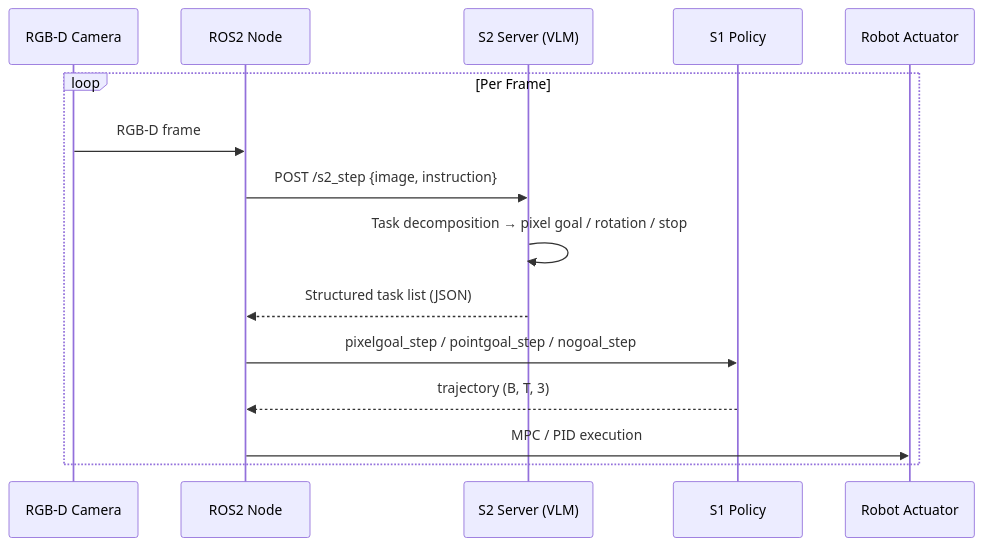
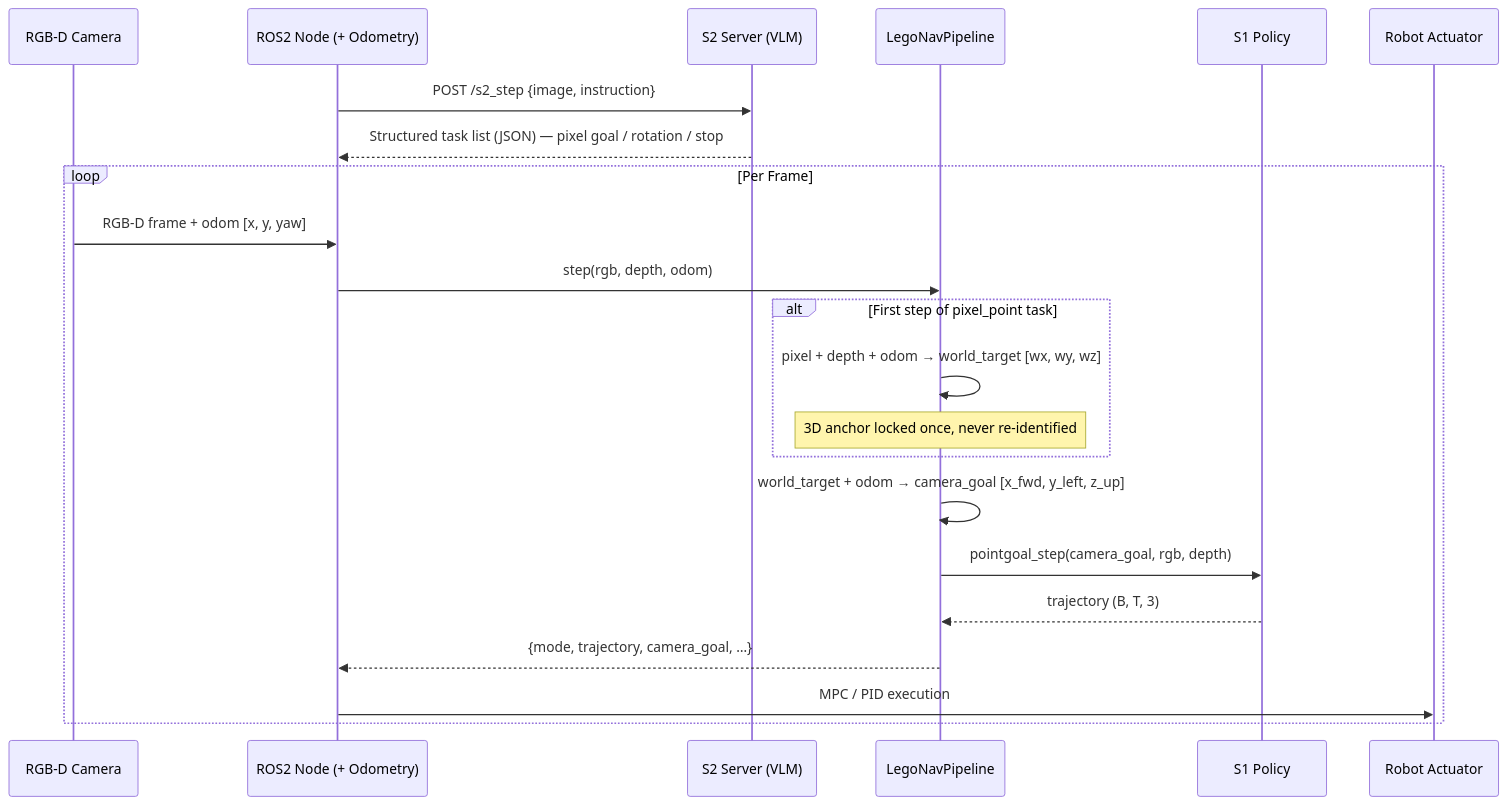
The second of 3 diagrams in README.md (TingdeLiu/LegoNav), drawn with Mermaid before and after one commit. The commit also changed other lines of this file and 5 other files, not shown here.

First line of the commit message:
fix: robustness fixes and world-coordinate goal tracking for S1 navigation

````diff
--- a/README.md
+++ b/README.md
@@ -66,18 +66,28 @@
 ```mermaid
 sequenceDiagram
     participant Cam as RGB-D Camera
-    participant ROS as ROS2 Node
+    participant ROS as ROS2 Node (+ Odometry)
     participant S2 as S2 Server (VLM)
+    participant Pipe as LegoNavPipeline
     participant S1 as S1 Policy
     participant Robot as Robot Actuator
 
+    ROS->>S2: POST /s2_step {image, instruction}
+    S2-->>ROS: Structured task list (JSON) — pixel goal / rotation / stop
+
     loop Per Frame
-        Cam->>ROS: RGB-D frame
-        ROS->>S2: POST /s2_step {image, instruction}
-        S2->>S2: Task decomposition → pixel goal / rotation / stop
-        S2-->>ROS: Structured task list (JSON)
-        ROS->>S1: pixelgoal_step / pointgoal_step / nogoal_step
-        S1-->>ROS: trajectory (B, T, 3)
+        Cam->>ROS: RGB-D frame + odom [x, y, yaw]
+        ROS->>Pipe: step(rgb, depth, odom)
+
+        alt First step of pixel_point task
+            Pipe->>Pipe: pixel + depth + odom → world_target [wx, wy, wz]
+            Note over Pipe: 3D anchor locked once, never re-identified
+        end
+
+        Pipe->>Pipe: world_target + odom → camera_goal [x_fwd, y_left, z_up]
+        Pipe->>S1: pointgoal_step(camera_goal, rgb, depth)
+        S1-->>Pipe: trajectory (B, T, 3)
+        Pipe-->>ROS: {mode, trajectory, camera_goal, …}
         ROS->>Robot: MPC / PID execution
     end
 ```
````
